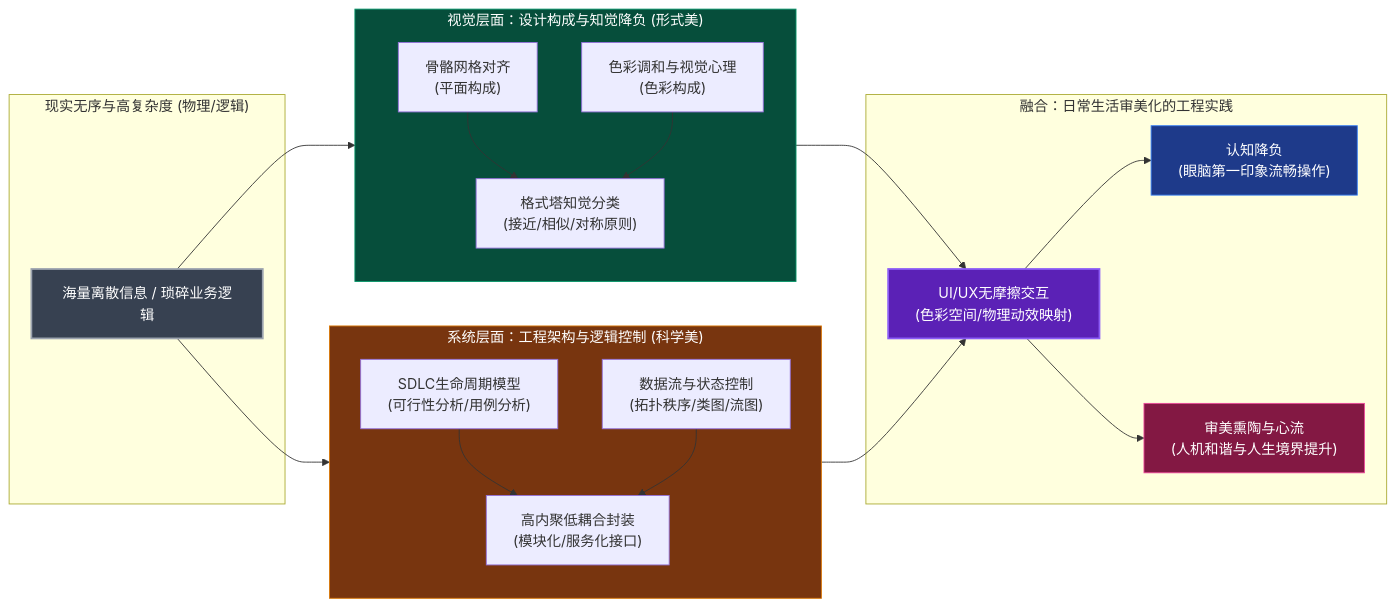
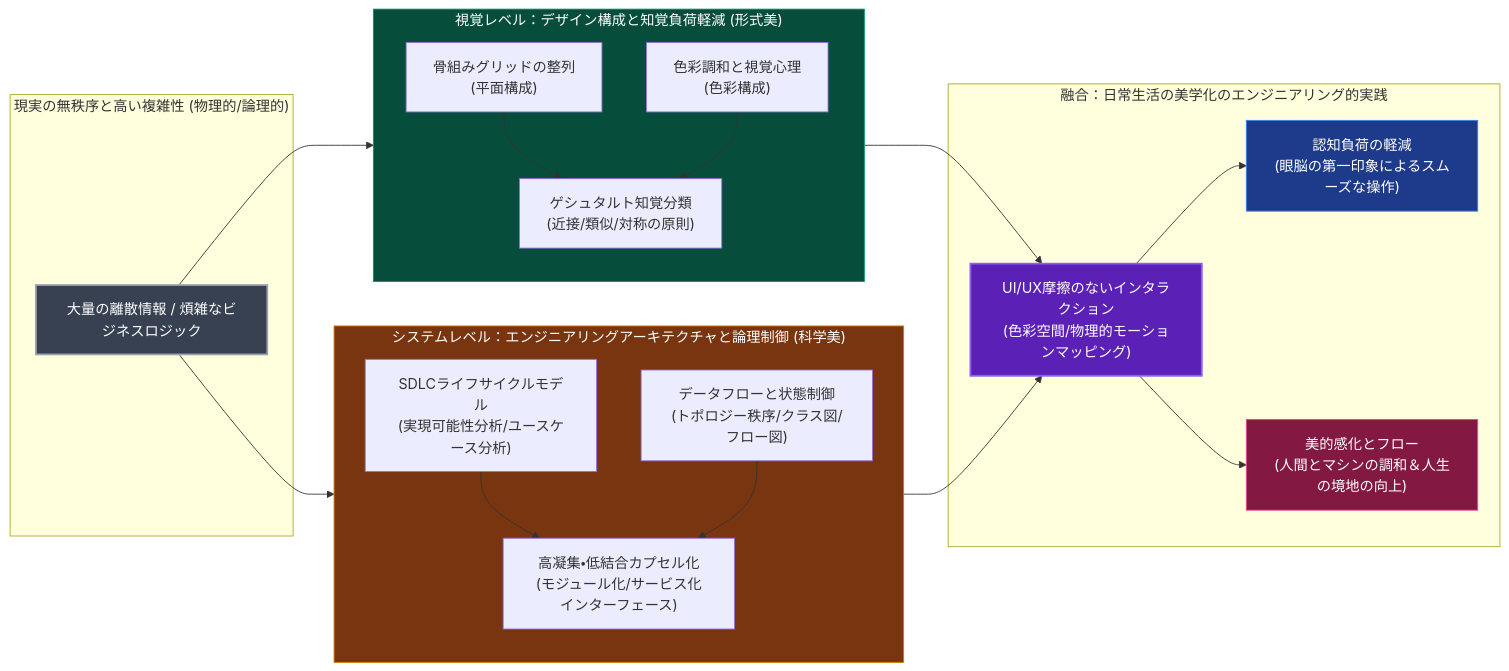
One commit to QQDDTT/Dark-Lattice changed the second of 2 diagrams in content/research/pixel-architecture-resonance/theory-research-map/index.ja.md. Above: the diagram before and after it, drawn with Mermaid. The commit also changed other lines of this file and 21 other files, not shown here.

````diff
--- a/content/research/pixel-architecture-resonance/theory-research-map/index.ja.md
+++ b/content/research/pixel-architecture-resonance/theory-research-map/index.ja.md
@@ -67,47 +65,47 @@
 ```mermaid
 flowchart LR
-    subgraph Input ["现实无序与高复杂度 (物理/逻辑)"]
-        Raw_Info["海量离散信息 / 琐碎业务逻辑"]
+    subgraph Input ["現実の無秩序と高い複雑性 (物理的/論理的)"]
+        Raw_Info["大量の離散情報 / 煩雑なビジネスロジック"]
     end
 
-    subgraph Design_Control ["视觉层面：设计构成与知觉降负 (形式美)"]
+    subgraph Design_Control ["視覚レベル：デザイン構成と知覚負荷軽減 (形式美)"]
         direction TB
-        Grid_Layout["骨骼网格对齐<br>(平面构成)"]
-        Color_Psy["色彩调和与视觉心理<br>(色彩构成)"]
-        Gestalt_Filter["格式塔知觉分类<br>(接近/相似/对称原则)"]
+        Grid_Layout["骨組みグリッドの整列<br>(平面構成)"]
+        Color_Psy["色彩調和と視覚心理<br>(色彩構成)"]
+        Gestalt_Filter["ゲシュタルト知覚分類<br>(近接/類似/対称の原則)"]
         Grid_Layout --> Gestalt_Filter
         Color_Psy --> Gestalt_Filter
     end
 
-    subgraph IT_Control ["系统层面：工程架构与逻辑控制 (科学美)"]
+    subgraph IT_Control ["システムレベル：エンジニアリングアーキテクチャと論理制御 (科学美)"]
         direction TB
-        SDLC_Plan["SDLC生命周期模型<br>(可行性分析/用例分析)"]
-        Module_Enc["高内聚低耦合封装<br>(模块化/服务化接口)"]
-        Topo_Flow["数据流与状态控制<br>(拓扑秩序/类图/流图)"]
+        SDLC_Plan["SDLCライフサイクルモデル<br>(実現可能性分析/ユースケース分析)"]
+        Module_Enc["高凝集・低結合カプセル化<br>(モジュール化/サービス化インターフェース)"]
+        Topo_Flow["データフローと状態制御<br>(トポロジー秩序/クラス図/フロー図)"]
         SDLC_Plan --> Module_Enc
         Topo_Flow --> Module_Enc
     end
 
-    subgraph Synthesis ["融合：日常生活审美化的工程实践"]
-        UI_UX["UI/UX无摩擦交互<br>(色彩空间/物理动效映射)"]
-        Cognitive_Ease["认知降负<br>(眼脑第一印象流畅操作)"]
-        Aesthetic_Heart["审美熏陶与心流<br>(人机和谐与人生境界提升)"]
+    subgraph Synthesis ["融合：日常生活の美学化のエンジニアリング的実践"]
+        UI_UX["UI/UX摩擦のないインタラクション<br>(色彩空間/物理的モーションマッピング)"]
+        Cognitive_Ease["認知負荷の軽減<br>(眼脳の第一印象によるスムーズな操作)"]
+        Aesthetic_Heart["美的感化とフロー<br>(人間とマシンの調和＆人生の境地の向上)"]
     end
 
     Raw_Info --> Design_Control
     Raw_Info --> IT_Control
 
     Design_Control --> UI_UX
     IT_Control --> UI_UX
 
     UI_UX --> Cognitive_Ease
     UI_UX --> Aesthetic_Heart
 
-    %% 样式
+    %% スタイル
     style Raw_Info fill:#374151,stroke:#9ca3af,stroke-width:2px,color:#fff
     style Design_Control fill:#064e3b,stroke:#059669,stroke-width:1px,color:#fff
     style IT_Control fill:#78350f,stroke:#d97706,stroke-width:1px,color:#fff
     style UI_UX fill:#5b21b6,stroke:#8b5cf6,stroke-width:2px,color:#fff
     style Cognitive_Ease fill:#1e3a8a,stroke:#3b82f6,stroke-width:1px,color:#fff
     style Aesthetic_Heart fill:#831843,stroke:#ec4899,stroke-width:1px,color:#fff
 ```
````
